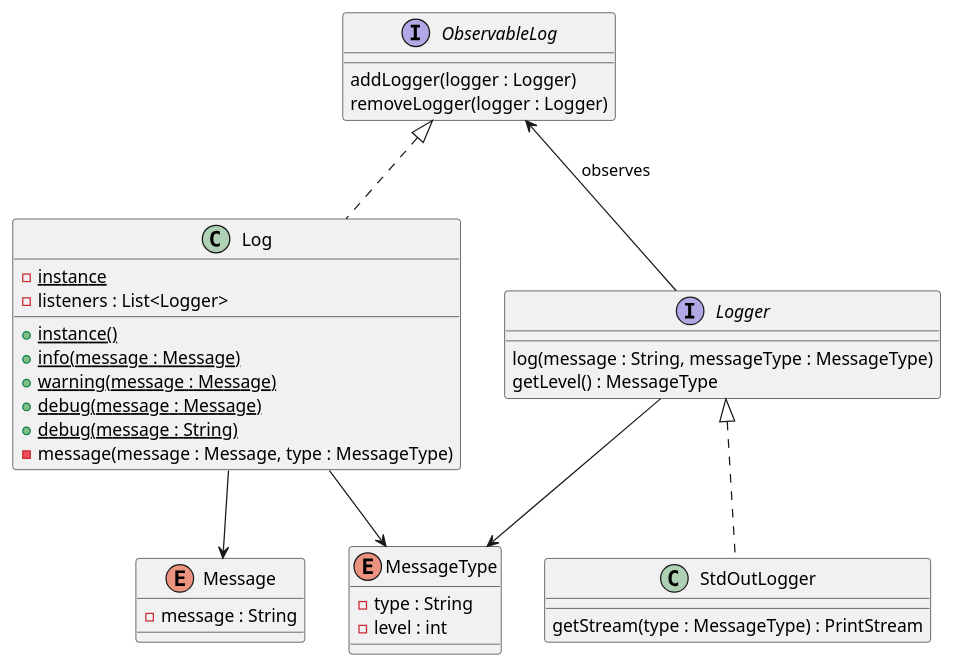
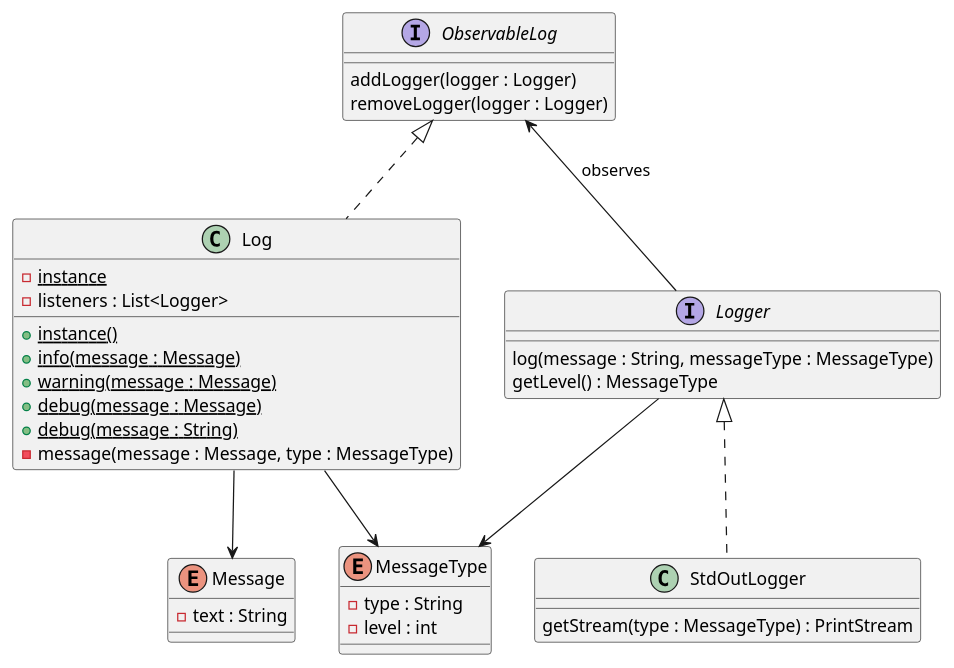
One commit to ProgrammingLife2015/geex changed the diagram in src/site/diagrams/geex-logger.puml. Above: the diagram before and after it, drawn with PlantUML. The commit also changed 1 other file, not shown here.

```diff
--- a/src/site/diagrams/geex-logger.puml
+++ b/src/site/diagrams/geex-logger.puml
@@ -1,41 +1,41 @@
 @startuml
 
 interface ObservableLog {
     addLogger(logger : Logger)
     removeLogger(logger : Logger)
 }
 class Log implements ObservableLog {
     -{static}instance
     -listeners : List<Logger>
 
     +{static}instance()
     +{static}info(message : Message)
     +{static}warning(message : Message)
     +{static}debug(message : Message)
     +{static}debug(message : String)
     -message(message : Message, type : MessageType)
 }
 
 interface Logger {
     log(message : String, messageType : MessageType)
     getLevel() : MessageType
 }
 class StdOutLogger implements Logger {
     getStream(type : MessageType) : PrintStream
 }
 
 enum Message {
-    -message : String
+    -text : String
 }
 enum MessageType {
     -type : String
     -level : int
 }
 
 Logger --> MessageType
 
 Log --> Message
 Log --> MessageType
 
 ObservableLog <-- Logger : observes
 @enduml
```
